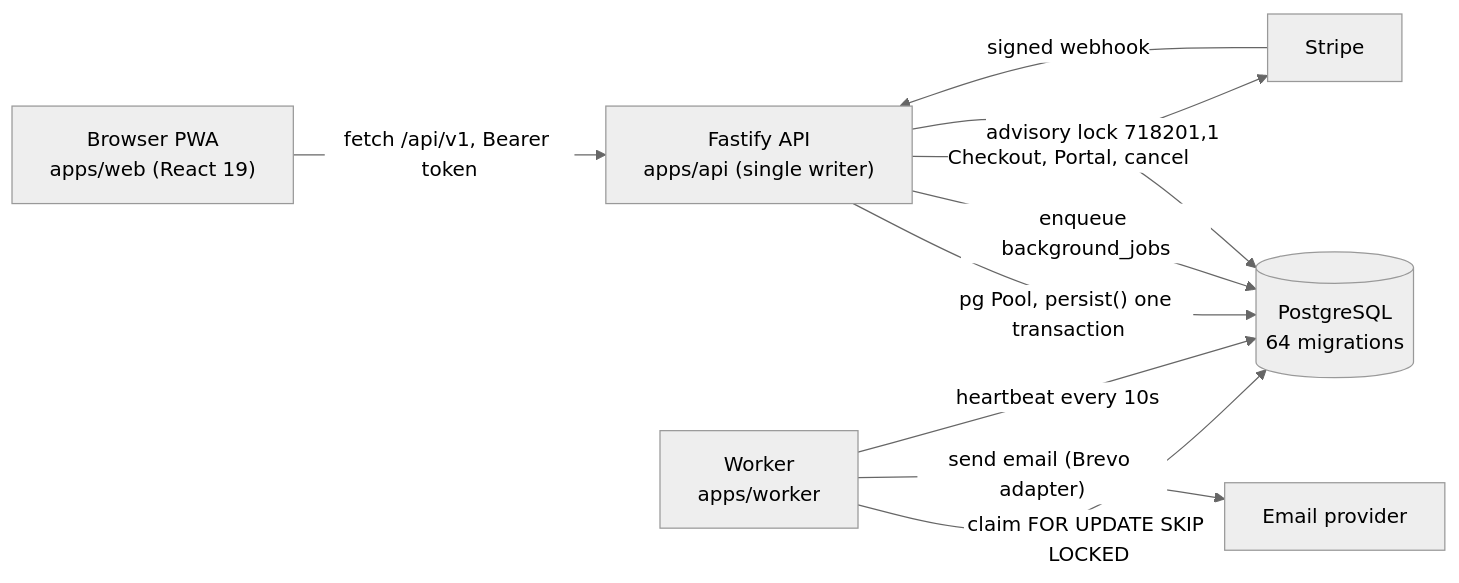
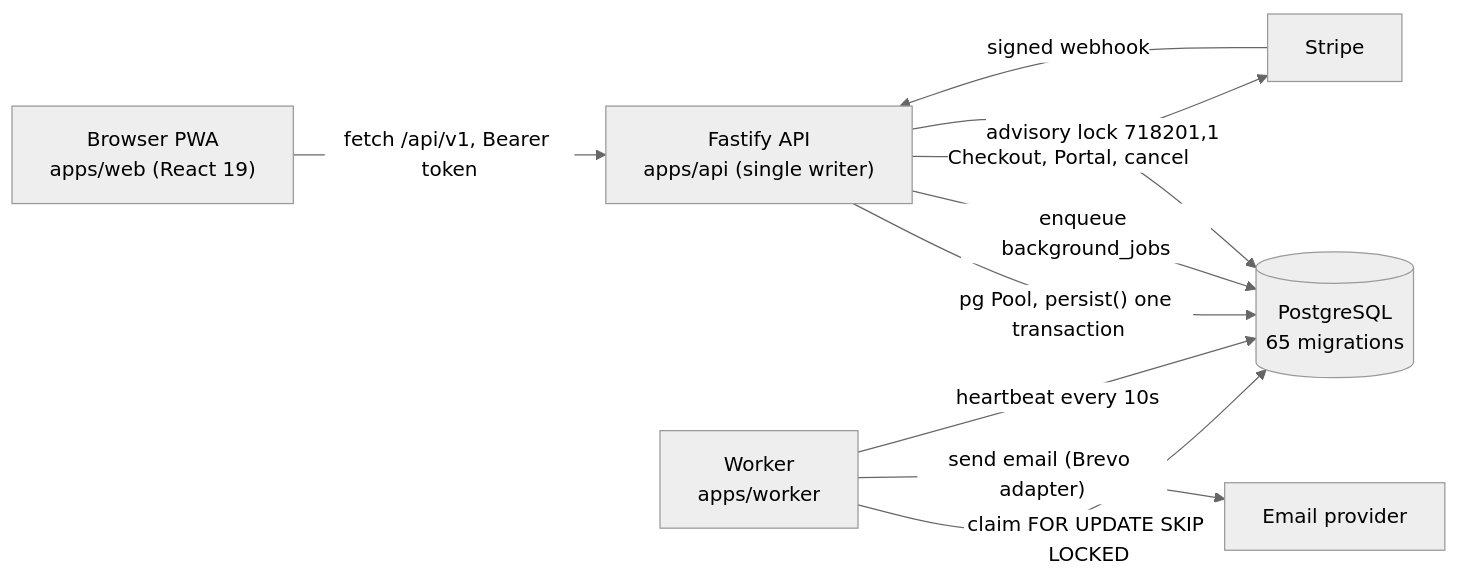
The first of 7 diagrams in docs/system-model/02-flows.md (yhsomani/talentsphere-complete), drawn with Mermaid (neutral theme) before and after one commit. The commit also changed 18 other files, not shown here.

````diff
--- a/docs/system-model/02-flows.md
+++ b/docs/system-model/02-flows.md
@@ -15,12 +15,12 @@
 ```mermaid
 flowchart LR
   Browser["Browser PWA<br/>apps/web (React 19)"] -->|"fetch /api/v1, Bearer token"| API["Fastify API<br/>apps/api (single writer)"]
-  API -->|"pg Pool, persist() one transaction"| PG[("PostgreSQL<br/>64 migrations")]
+  API -->|"pg Pool, persist() one transaction"| PG[("PostgreSQL<br/>65 migrations")]
   API -->|"enqueue background_jobs"| PG
   Worker["Worker<br/>apps/worker"] -->|"claim FOR UPDATE SKIP LOCKED"| PG
   Worker -->|"send email (Brevo adapter)"| Mail["Email provider"]
   API -->|"Checkout, Portal, cancel"| Stripe["Stripe"]
   Stripe -->|"signed webhook"| API
   Worker -->|"heartbeat every 10s"| PG
   API -->|"advisory lock 718201,1"| PG
 ```
````
